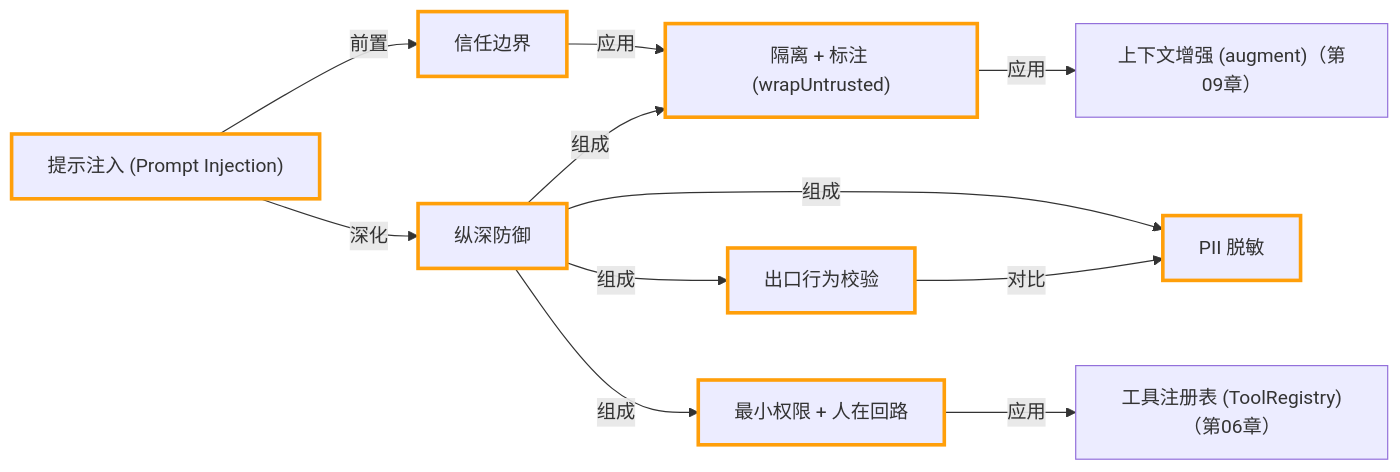
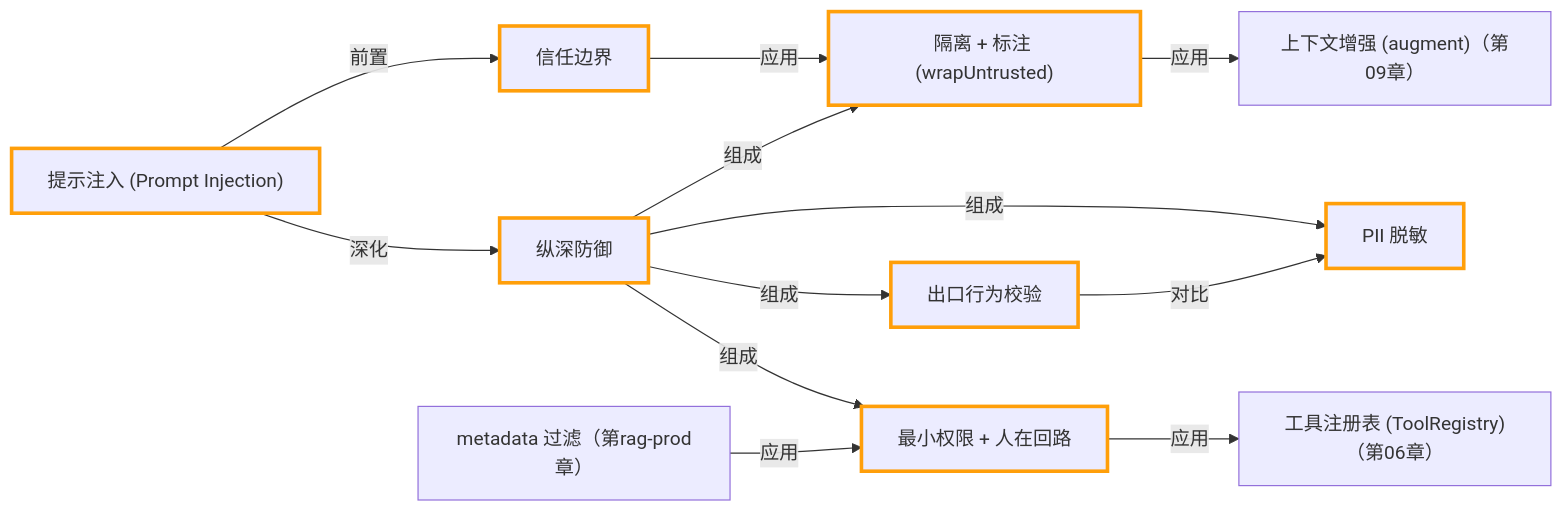
Before and after one commit to songuu/agent: the second of 2 diagrams in lessons/17-safety-and-guardrails/README.md, drawn with Mermaid. The commit also changed other lines of this file and 67 other files, not shown here.

````diff
--- a/lessons/17-safety-and-guardrails/README.md
+++ b/lessons/17-safety-and-guardrails/README.md
@@ -198,29 +199,31 @@
 ```mermaid
 graph LR
   n_c17_prompt_injection["提示注入 (Prompt Injection)"]
   n_c17_trust_boundary["信任边界"]
   n_c17_isolate_and_label["隔离 + 标注 (wrapUntrusted)"]
   n_c17_defense_in_depth["纵深防御"]
   n_c17_output_validation["出口行为校验"]
   n_c17_pii_redaction["PII 脱敏"]
   n_c17_human_in_the_loop["最小权限 + 人在回路"]
   n_c09_augment_prompt["上下文增强 (augment)（第09章）"]
   n_c06_tool_registry["工具注册表 (ToolRegistry)（第06章）"]
+  n_cragprod_metadata_filter["metadata 过滤（第rag-prod章）"]
   n_c17_prompt_injection -->|前置| n_c17_trust_boundary
   n_c17_trust_boundary -->|应用| n_c17_isolate_and_label
   n_c17_defense_in_depth -->|组成| n_c17_isolate_and_label
   n_c17_defense_in_depth -->|组成| n_c17_output_validation
   n_c17_defense_in_depth -->|组成| n_c17_pii_redaction
   n_c17_defense_in_depth -->|组成| n_c17_human_in_the_loop
   n_c17_output_validation -->|对比| n_c17_pii_redaction
   n_c17_prompt_injection -->|深化| n_c17_defense_in_depth
   n_c17_isolate_and_label -->|应用| n_c09_augment_prompt
   n_c17_human_in_the_loop -->|应用| n_c06_tool_registry
+  n_cragprod_metadata_filter -->|应用| n_c17_human_in_the_loop
   style n_c17_prompt_injection stroke:#ff9f0a,stroke-width:3px
   style n_c17_trust_boundary stroke:#ff9f0a,stroke-width:3px
   style n_c17_isolate_and_label stroke:#ff9f0a,stroke-width:3px
   style n_c17_defense_in_depth stroke:#ff9f0a,stroke-width:3px
   style n_c17_output_validation stroke:#ff9f0a,stroke-width:3px
   style n_c17_pii_redaction stroke:#ff9f0a,stroke-width:3px
   style n_c17_human_in_the_loop stroke:#ff9f0a,stroke-width:3px
 ```
````
